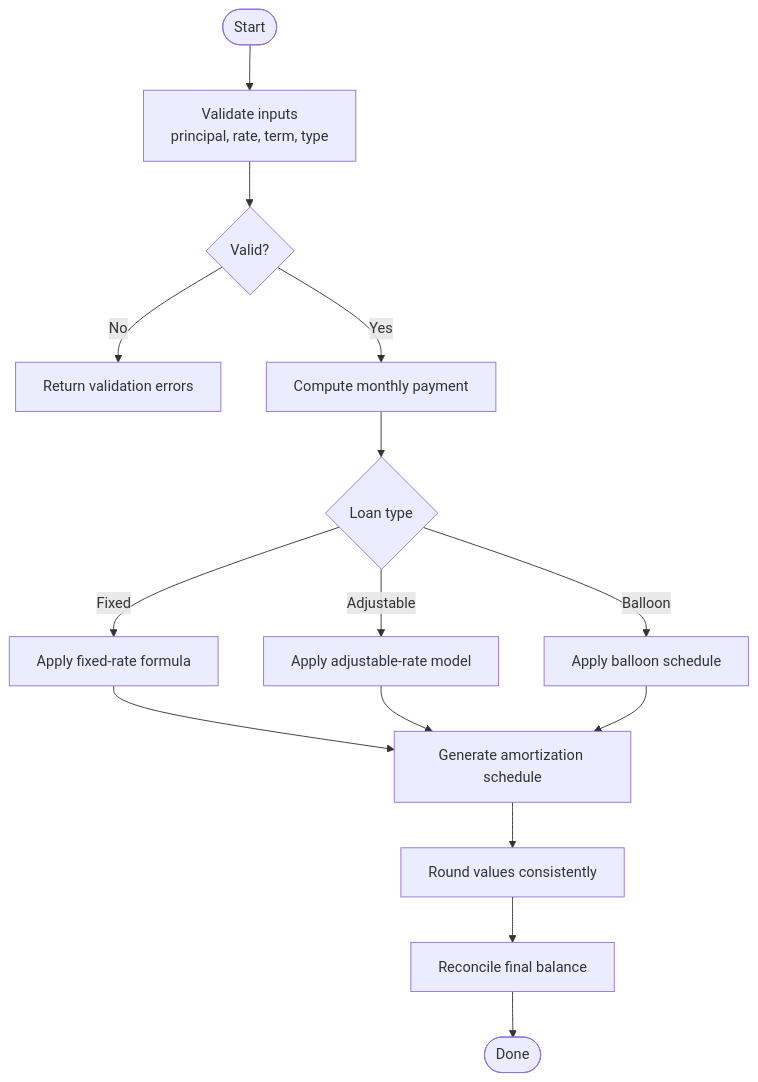
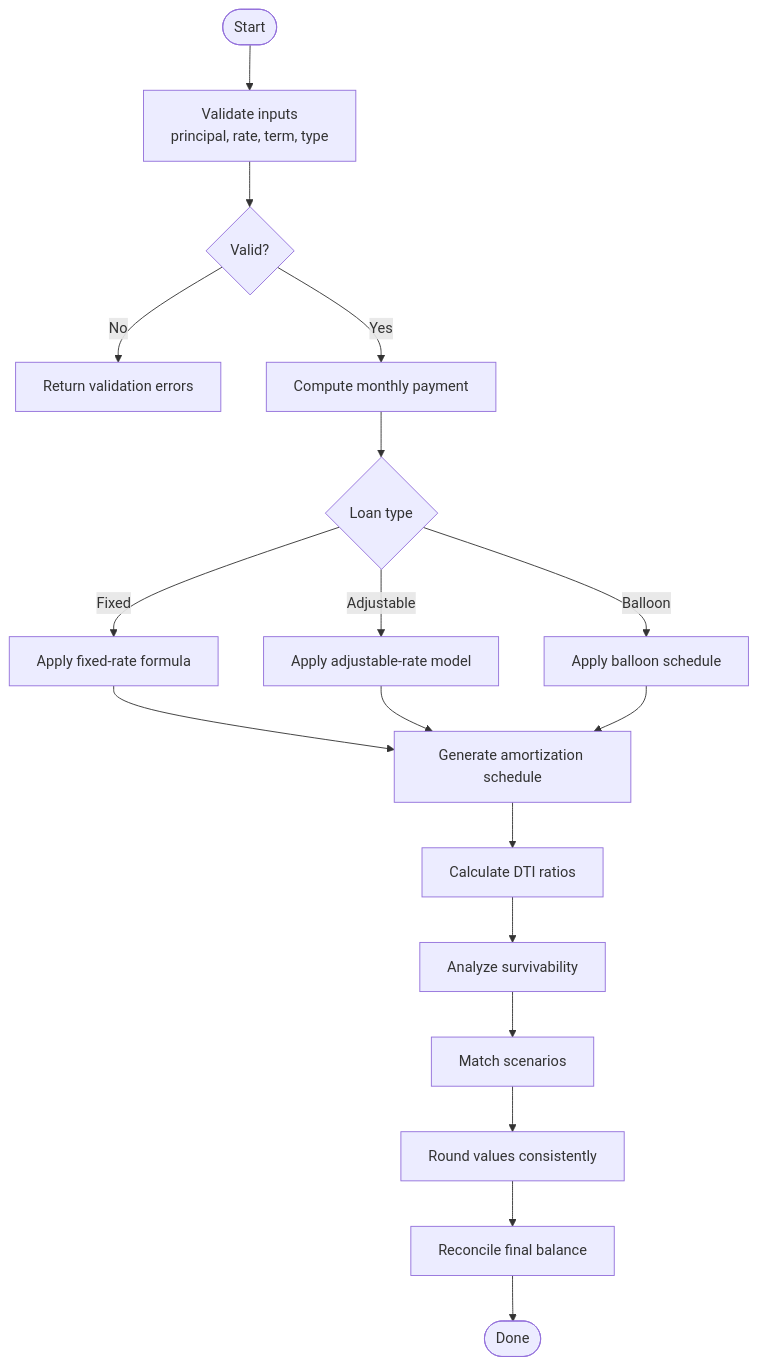
Before and after one commit to alibaba-hackathon-fsi/frontend-vaya: the third of 5 diagrams in .qoder/repowiki/en/content/Loan Engine/Core Calculation Engine.md, drawn with Mermaid. The commit also changed other lines of this file and 77 other files, not shown here.

````diff
--- a/.qoder/repowiki/en/content/Loan Engine/Core Calculation Engine.md
+++ b/.qoder/repowiki/en/content/Loan Engine/Core Calculation Engine.md
@@ -123,17 +164,20 @@
 ```mermaid
 flowchart TD
 Start(["Start"]) --> Validate["Validate inputs<br/>principal, rate, term, type"]
 Validate --> Valid{"Valid?"}
 Valid --> |No| Err["Return validation errors"]
 Valid --> |Yes| Compute["Compute monthly payment"]
 Compute --> Type{"Loan type"}
 Type --> |Fixed| FixedCalc["Apply fixed-rate formula"]
 Type --> |Adjustable| AdjCalc["Apply adjustable-rate model"]
 Type --> |Balloon| BalloonCalc["Apply balloon schedule"]
 FixedCalc --> Schedule["Generate amortization schedule"]
 AdjCalc --> Schedule
 BalloonCalc --> Schedule
-Schedule --> Round["Round values consistently"]
+Schedule --> DTI["Calculate DTI ratios"]
+DTI --> Survivability["Analyze survivability"]
+Survivability --> Scenarios["Match scenarios"]
+Scenarios --> Round["Round values consistently"]
 Round --> Reconcile["Reconcile final balance"]
 Reconcile --> Done(["Done"])
 ```
````
